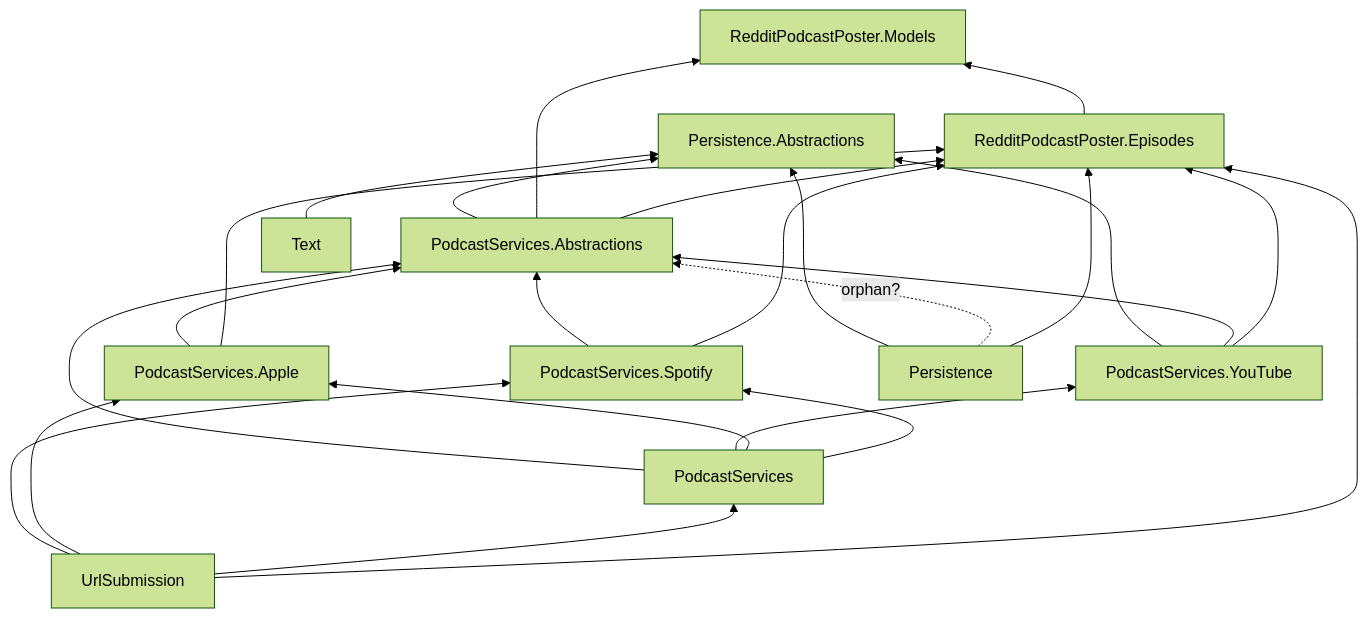
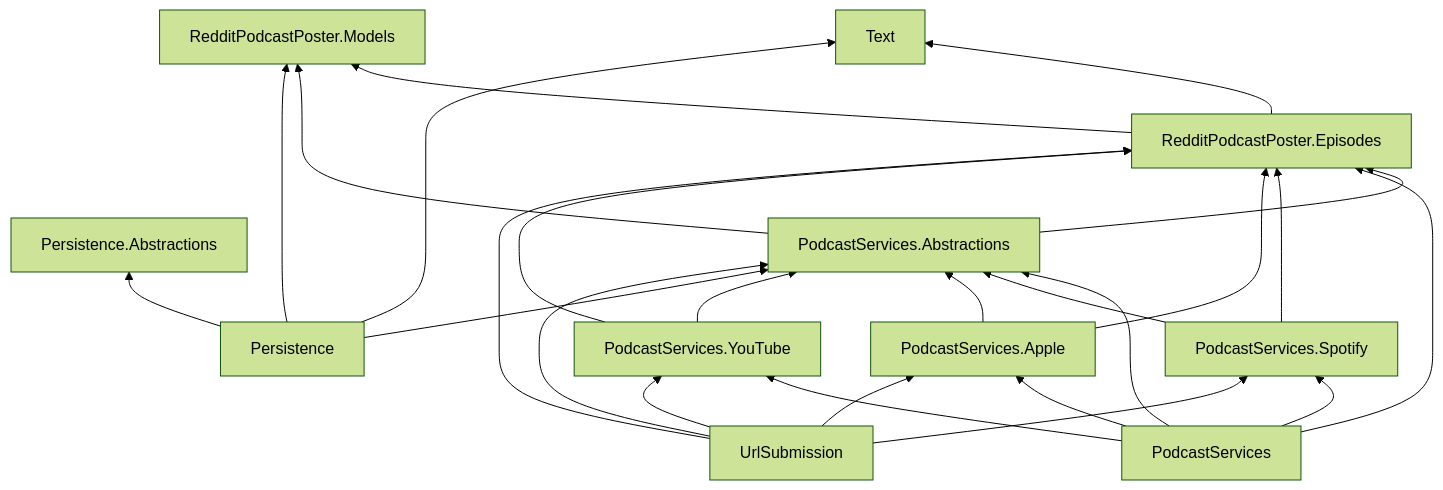
One commit to cultpodcasts/RedditPodcastPoster changed the fourth of 4 diagrams in Class-Libraries/RedditPodcastPoster.Episodes/architecture.md. Above: the diagram before and after it, drawn with Mermaid (forest theme). The commit also changed other lines of this file and 129 other files, not shown here.

````diff
--- a/Class-Libraries/RedditPodcastPoster.Episodes/architecture.md
+++ b/Class-Libraries/RedditPodcastPoster.Episodes/architecture.md
@@ -280,30 +352,21 @@
 ```mermaid
 flowchart BT
     Models[RedditPodcastPoster.Models]
     Episodes[RedditPodcastPoster.Episodes]
     PersAbstr[Persistence.Abstractions]
     Abstr[PodcastServices.Abstractions]
     PS[PodcastServices]
     SP[PodcastServices.Spotify]
     AP[PodcastServices.Apple]
     YT[PodcastServices.YouTube]
     Pers[Persistence]
     US[UrlSubmission]
     Text[Text]
 
-    Episodes --> Models
-    Abstr --> Episodes
-    Abstr --> Models
-    Abstr --> PersAbstr
-    SP & AP & YT --> Episodes
-    SP & AP & YT --> Abstr
-    PS --> SP & AP & YT & Abstr
-    Pers --> Episodes
-    Pers -.->|orphan?| Abstr
-    Pers --> PersAbstr
-    US --> Episodes
-    US --> PS
-    US --> AP & SP
-    YT --> PersAbstr
-    Text --> PersAbstr
+    Episodes --> Models & Text
+    Abstr --> Episodes & Models
+    PS --> Episodes & Abstr & SP & AP & YT
+    SP & AP & YT --> Episodes & Abstr
+    Pers --> PersAbstr & Models & Text & Abstr
+    US --> Episodes & Abstr & SP & AP & YT
 ```
````
